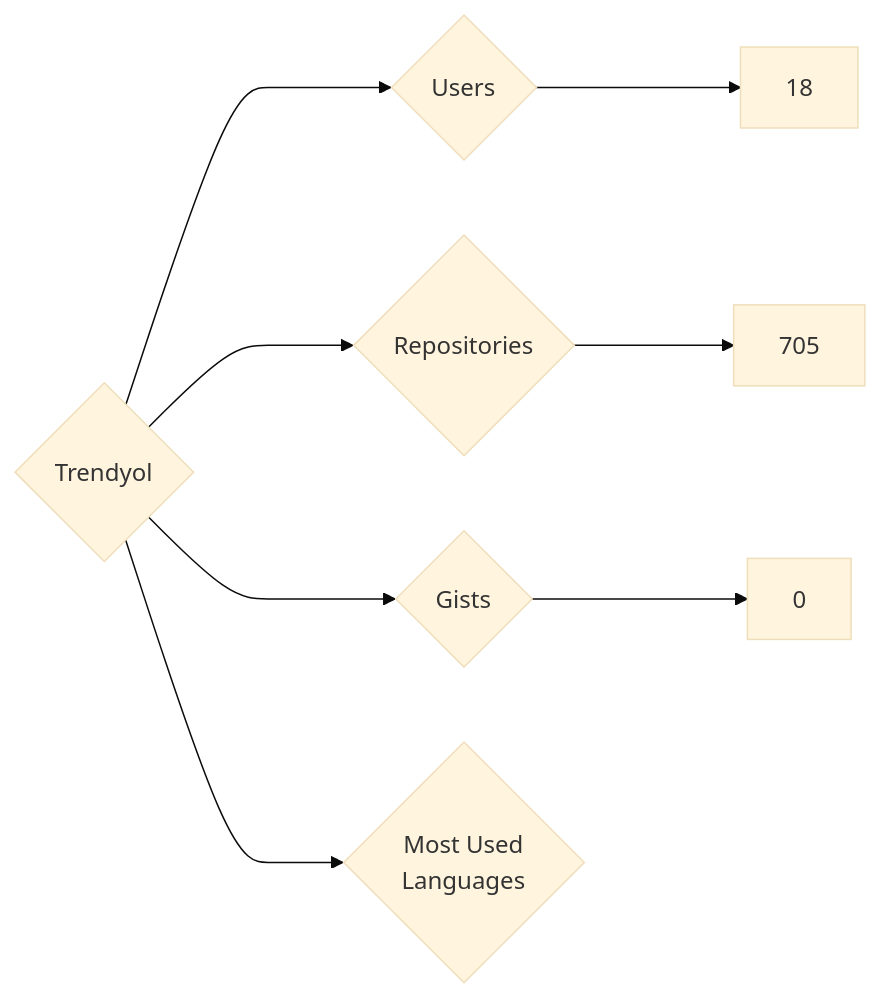
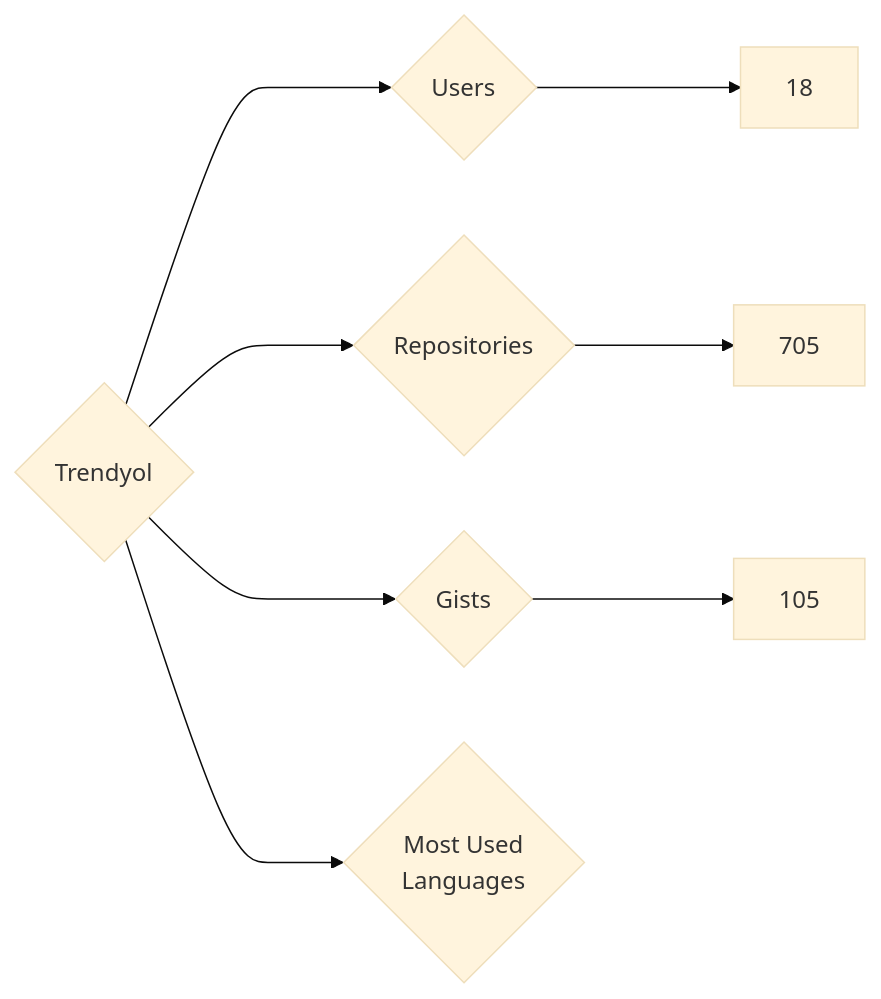
One commit to nenadzaric/insiders changed the diagram in targets/Trendyol/README.md. Above: the diagram before and after it, drawn with Mermaid (base theme). The commit also changed 1342 other files, not shown here.

````diff
--- a/targets/Trendyol/README.md
+++ b/targets/Trendyol/README.md
@@ -3,8 +3,8 @@
 ```mermaid
 graph LR
 COMPANY_NAME{Trendyol}
 COMPANY_NAME ---> U{Users} ---> UN[18]
 COMPANY_NAME ---> R{Repositories} ---> RN[705]
-COMPANY_NAME ---> G{Gists} ---> GN[0]
+COMPANY_NAME ---> G{Gists} ---> GN[105]
 COMPANY_NAME ---> ML{Most Used<br>Languages}
 ```
````
